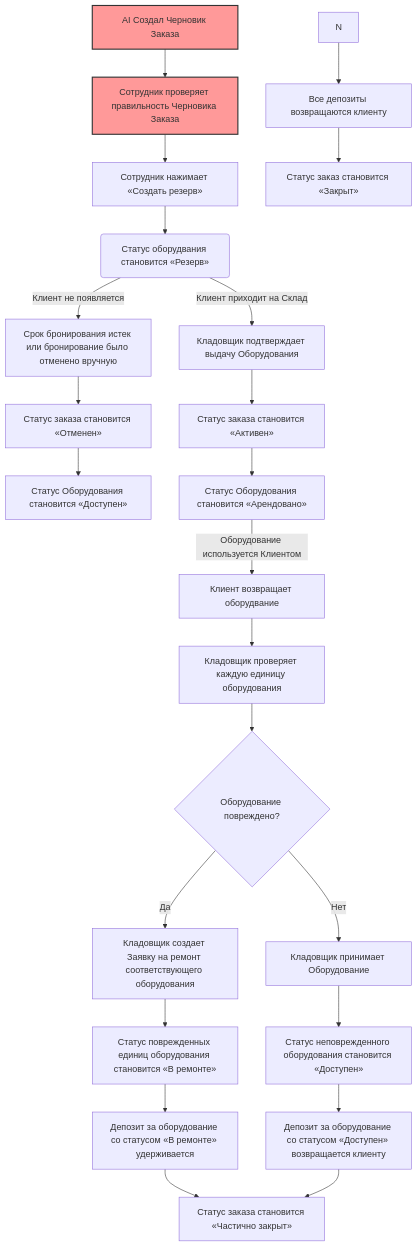
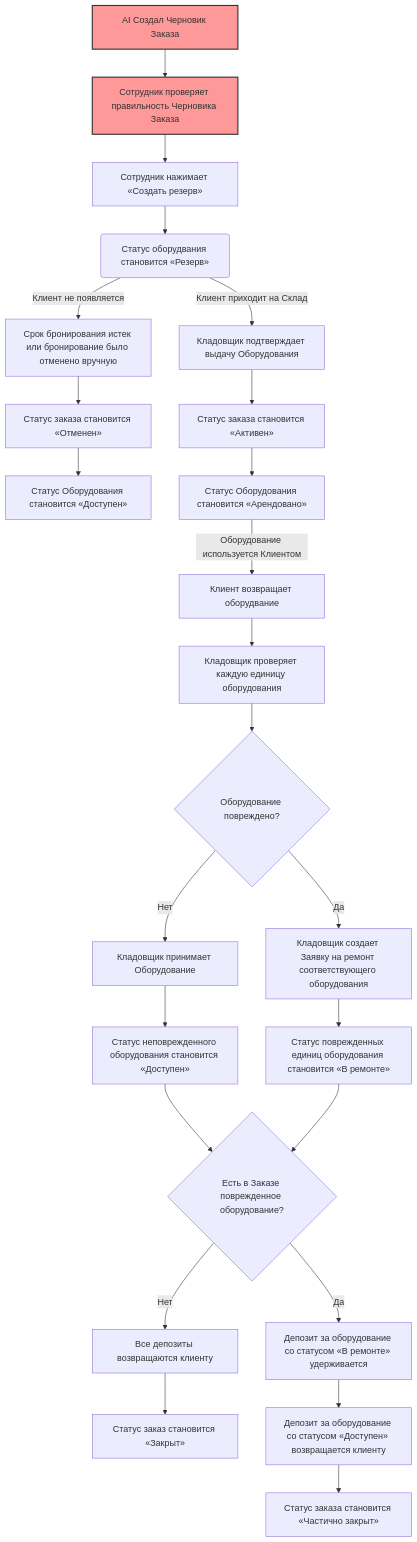
Before and after one commit to Diamko94/rentals1: the diagram in flowchart4.md, drawn with Mermaid.

````diff
--- a/flowchart4.md
+++ b/flowchart4.md
@@ -1,42 +1,43 @@
 ```mermaid
 flowchart TD
 
  %% Выделение цветом
     style D0 fill:#ff9999,stroke:#333,stroke-width:2px
     style D00 fill:#ff9999,stroke:#333,stroke-width:2px
 
   
 
     %% Подтверждение
     D0[AI Создал Черновик Заказа]
     D0 --> D00[Сотрудник проверяет правильность Черновика Заказа]
 
     D00 --> D1[Сотрудник нажимает «Создать резерв»]
     D1 --> B(Статус оборудвания становится «Резерв»)
 
     %% Выдача
     B --> |Клиент приходит на Склад| I[Кладовщик подтверждает выдачу Оборудования]
     B --> |Клиент не появляется| E[Срок бронирования истек или бронирование было отменено вручную]
     E --> F[Статус заказа становится «Отменен»]
     I --> J[Статус заказа становится «Активен»]
     F --> C[Статус Оборудования становится «Доступен»]
     J --> X[Статус Оборудования становится «Арендовано»]
 
     %% Возврат
     X --> |Оборудование используется Клиентом| K[Клиент возвращает оборудвание]
     K --> L[Кладовщик проверяет каждую единицу оборудования]
     L --> M{Оборудование повреждено?}
     
     M --> |Да| P[Кладовщик создает Заявку на ремонт соответствующего оборудования]
     P --> R[Статус поврежденных единиц оборудования становится «В ремонте»]
     M --> |Нет| P1[Кладовщик принимает Оборудование]
     P1 --> T[Статус неповрежденного оборудования становится «Доступен»]
 
     %% Расчет
-    N --> Q[Все депозиты возвращаются клиенту]
+    T --> N{Есть в Заказе поврежденное оборудование?}
+    R --> N
+    N --> |Нет| Q[Все депозиты возвращаются клиенту]
     Q --> V[Статус заказ становится «Закрыт»]
-    R --> S[Депозит за оборудование со статусом «В ремонте» удерживается]
-    T --> U[Депозит за оборудование со статусом «Доступен» возвращается клиенту]
-    S --> W[Статус заказа становится «Частично закрыт»]
+    N --> |Да| S[Депозит за оборудование со статусом «В ремонте» удерживается]
+    S --> U[Депозит за оборудование со статусом «Доступен» возвращается клиенту]
     U --> W[Статус заказа становится «Частично закрыт»]
 ```
````
